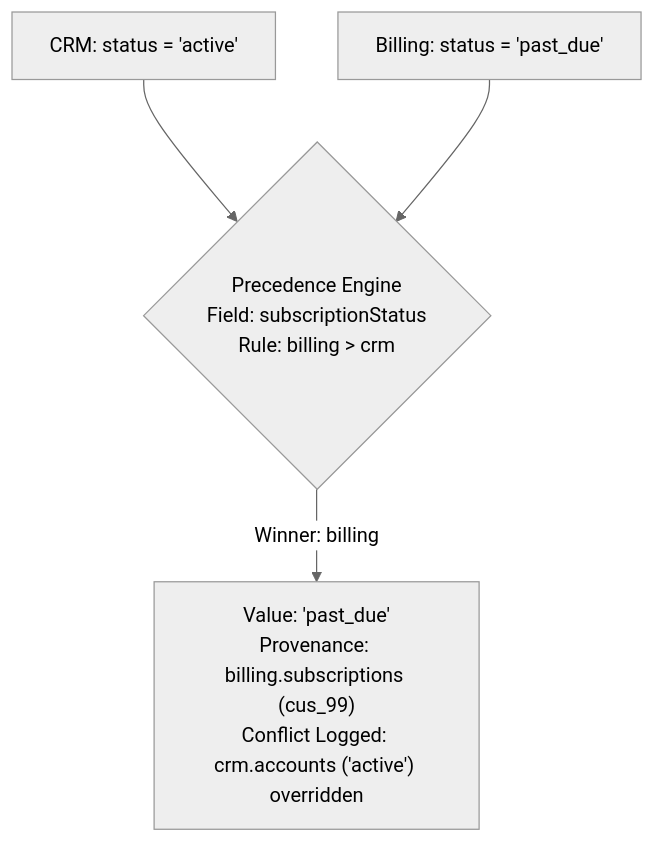
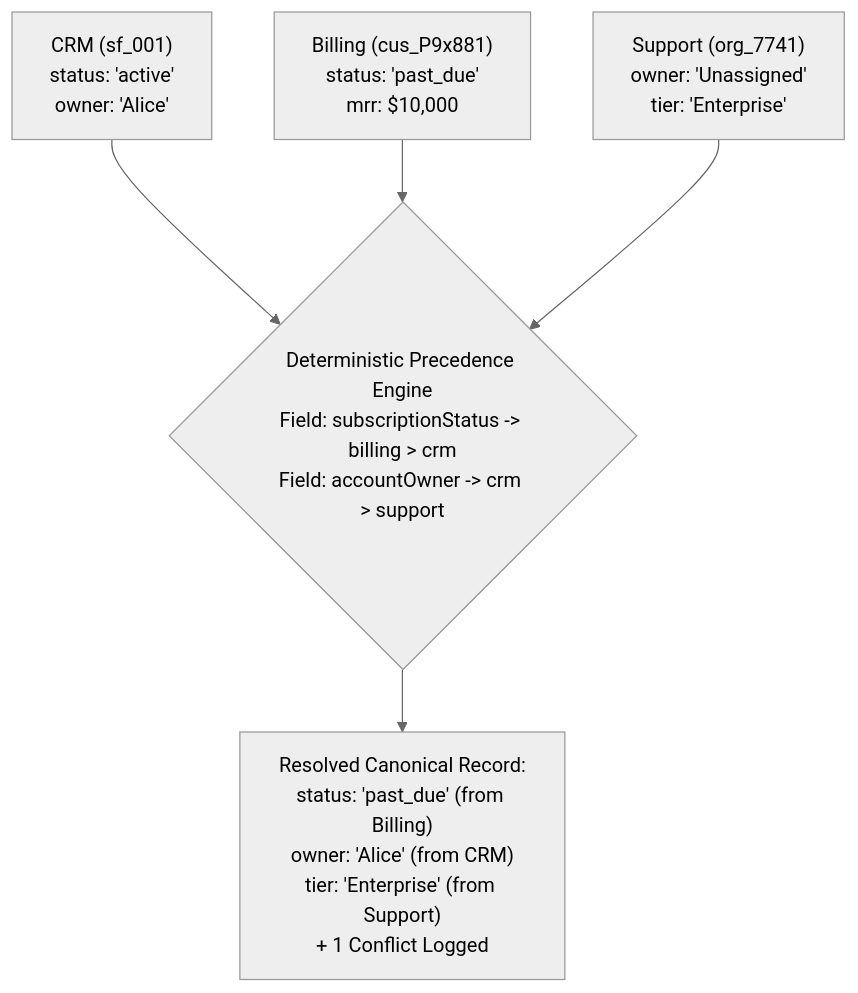
The first of 2 diagrams in Lecture 24 - Enterprise Data Discovery and Apache Ossie/notes/06_Source_Precedence_and_Knowledge_Provenance.md (Amie-dev/FDE-and-GenAI-Mastery), drawn with Mermaid (neutral theme) before and after one commit. The commit also changed other lines of this file and 92 other files, not shown here.

````diff
--- a/Lecture 24 - Enterprise Data Discovery and Apache Ossie/notes/06_Source_Precedence_and_Knowledge_Provenance.md
+++ b/Lecture 24 - Enterprise Data Discovery and Apache Ossie/notes/06_Source_Precedence_and_Knowledge_Provenance.md
@@ -36,6 +39,8 @@
 ```mermaid
 flowchart TD
-    CRM["CRM: status = 'active'"] --> Resolver{"Precedence Engine<br/>Field: subscriptionStatus<br/>Rule: billing > crm"}
-    Bill["Billing: status = 'past_due'"] --> Resolver
-    Resolver -->|"Winner: billing"| Out["Value: 'past_due'<br/>Provenance: billing.subscriptions (cus_99)<br/>Conflict Logged: crm.accounts ('active') overridden"]
+    CRM["CRM (sf_001)<br/>status: 'active'<br/>owner: 'Alice'"] --> Resolver{"Deterministic Precedence Engine<br/>Field: subscriptionStatus -> billing > crm<br/>Field: accountOwner -> crm > support"}
+    Bill["Billing (cus_P9x881)<br/>status: 'past_due'<br/>mrr: $10,000"] --> Resolver
+    Sup["Support (org_7741)<br/>owner: 'Unassigned'<br/>tier: 'Enterprise'"] --> Resolver
+
+    Resolver --> Out["Resolved Canonical Record:<br/>status: 'past_due' (from Billing)<br/>owner: 'Alice' (from CRM)<br/>tier: 'Enterprise' (from Support)<br/>+ 1 Conflict Logged"]
 ```
````
